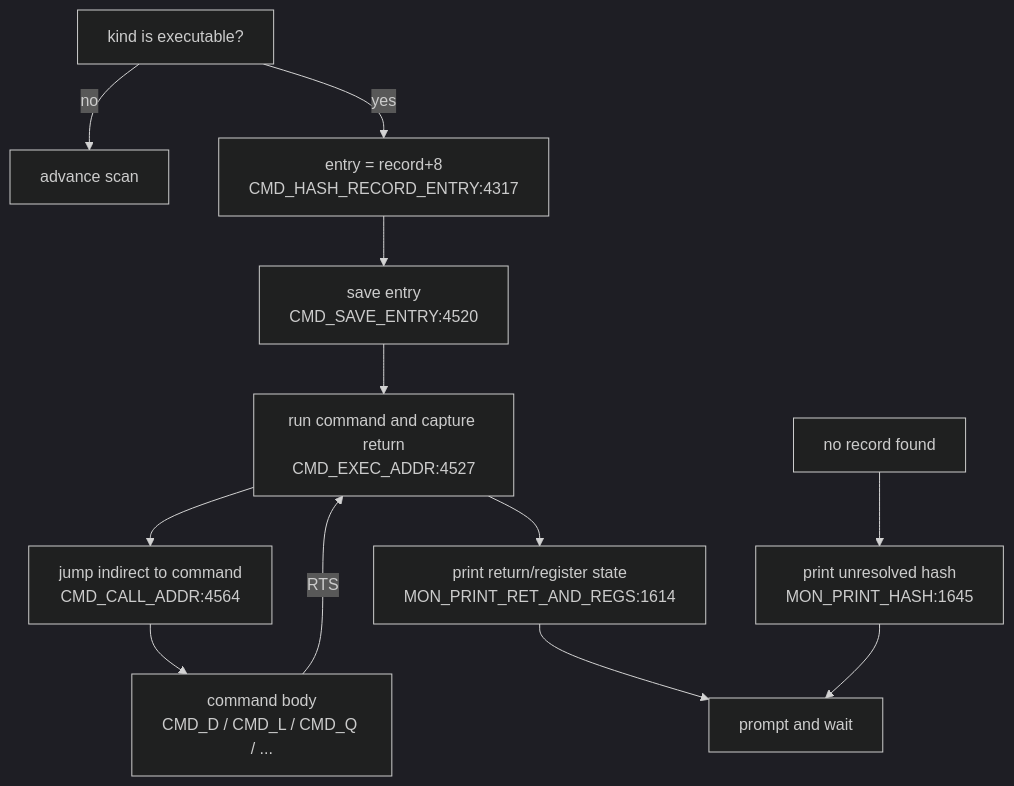
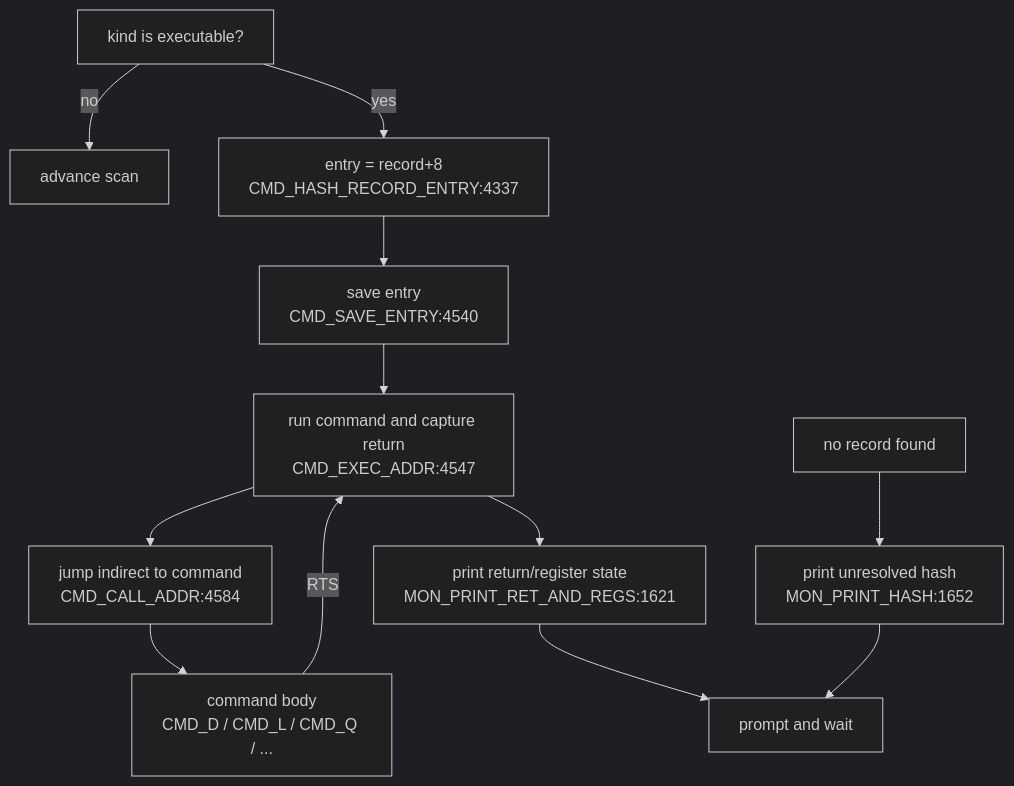
One commit to 95westus/R-YORS changed the fourth of 4 diagrams in DOC/GENERATED/CMD_FLOW_MAP.md. Above: the diagram before and after it, drawn with Mermaid (dark theme). The commit also changed other lines of this file and 59 other files, not shown here.

````diff
--- a/DOC/GENERATED/CMD_FLOW_MAP.md
+++ b/DOC/GENERATED/CMD_FLOW_MAP.md
@@ -58,14 +58,14 @@
 ```mermaid
 flowchart TD
     EXECOK["kind is executable?"] -->|no| ADV["advance scan"]
-    EXECOK -->|yes| ENTRY["entry = record+8<br/>CMD_HASH_RECORD_ENTRY:4317"]
-    ENTRY --> SAVEENTRY["save entry<br/>CMD_SAVE_ENTRY:4520"]
-    SAVEENTRY --> RUN["run command and capture return<br/>CMD_EXEC_ADDR:4527"]
-    RUN --> CALL["jump indirect to command<br/>CMD_CALL_ADDR:4564"]
+    EXECOK -->|yes| ENTRY["entry = record+8<br/>CMD_HASH_RECORD_ENTRY:4337"]
+    ENTRY --> SAVEENTRY["save entry<br/>CMD_SAVE_ENTRY:4540"]
+    SAVEENTRY --> RUN["run command and capture return<br/>CMD_EXEC_ADDR:4547"]
+    RUN --> CALL["jump indirect to command<br/>CMD_CALL_ADDR:4584"]
     CALL --> BODY["command body<br/>CMD_D / CMD_L / CMD_Q / ..."]
     BODY -->|RTS| RUN
-    RUN --> RETPRINT["print return/register state<br/>MON_PRINT_RET_AND_REGS:1614"]
+    RUN --> RETPRINT["print return/register state<br/>MON_PRINT_RET_AND_REGS:1621"]
     RETPRINT --> LOOP["prompt and wait"]
-    MISS["no record found"] --> PRHASH["print unresolved hash<br/>MON_PRINT_HASH:1645"]
+    MISS["no record found"] --> PRHASH["print unresolved hash<br/>MON_PRINT_HASH:1652"]
     PRHASH --> LOOP
 ```
````
